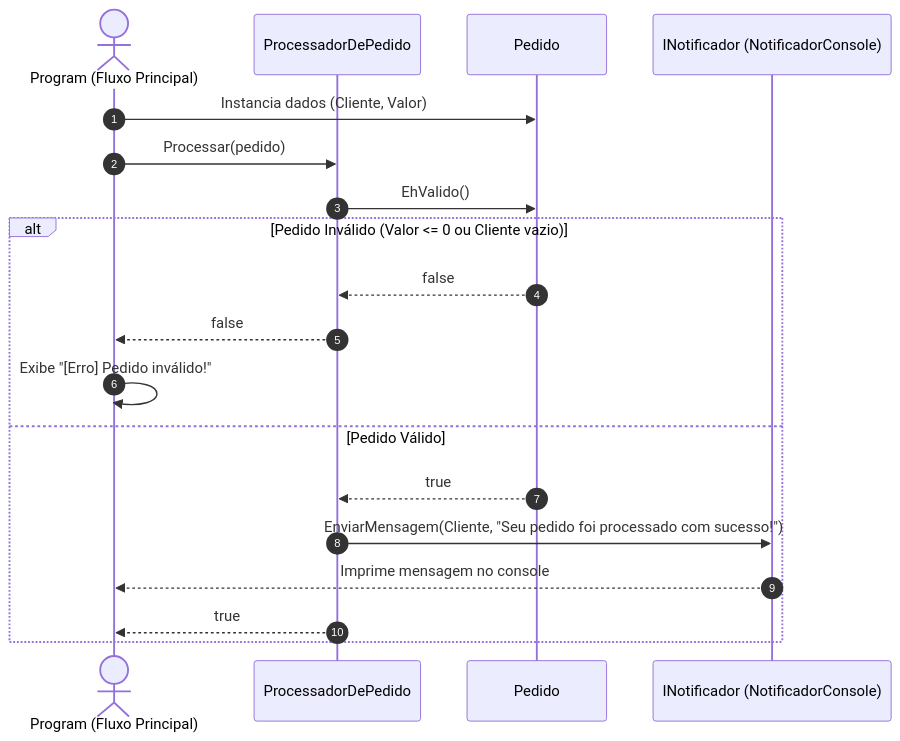
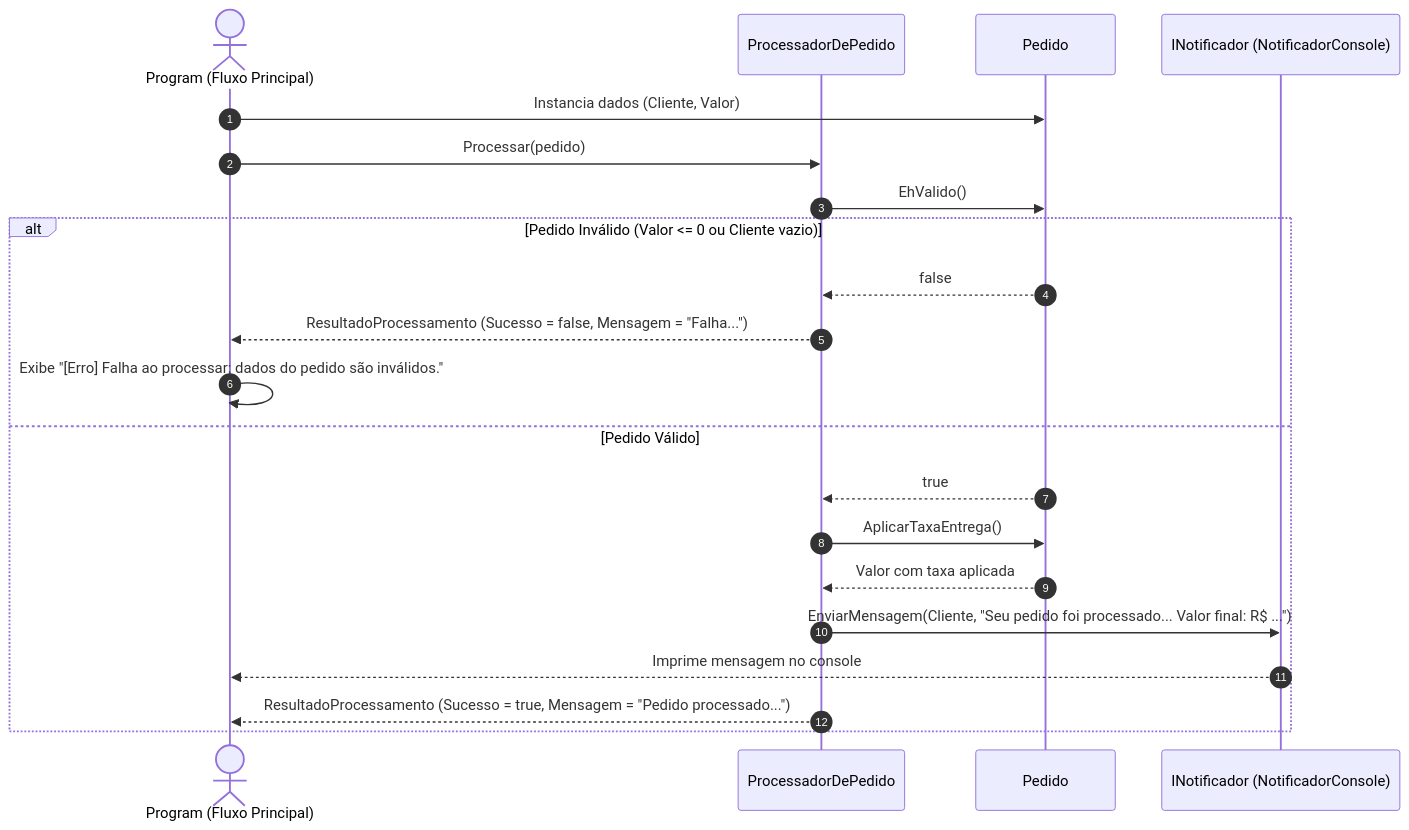
The second of 2 diagrams in README.MD (LeomarAlves/SeminarioSolid), drawn with Mermaid before and after one commit. The commit also changed other lines of this file, not shown here.

````diff
--- a/README.MD
+++ b/README.MD
@@ -64,22 +71,24 @@
 ```mermaid
 sequenceDiagram
     autonumber
     actor Main as Program (Fluxo Principal)
     participant Processador as ProcessadorDePedido
     participant Pedido as Pedido
     participant Notificador as INotificador (NotificadorConsole)
 
     Main->>Pedido: Instancia dados (Cliente, Valor)
     Main->>Processador: Processar(pedido)
     Processador->>Pedido: EhValido()
     alt Pedido Inválido (Valor <= 0 ou Cliente vazio)
         Pedido-->>Processador: false
-        Processador-->>Main: false
-        Main->>Main: Exibe "[Erro] Pedido inválido!"
+        Processador-->>Main: ResultadoProcessamento (Sucesso = false, Mensagem = "Falha...")
+        Main->>Main: Exibe "[Erro] Falha ao processar: dados do pedido são inválidos."
     else Pedido Válido
         Pedido-->>Processador: true
-        Processador->>Notificador: EnviarMensagem(Cliente, "Seu pedido foi processado com sucesso!")
+        Processador->>Pedido: AplicarTaxaEntrega()
+        Pedido-->>Processador: Valor com taxa aplicada
+        Processador->>Notificador: EnviarMensagem(Cliente, "Seu pedido foi processado... Valor final: R$ ...")
         Notificador-->>Main: Imprime mensagem no console
-        Processador-->>Main: true
+        Processador-->>Main: ResultadoProcessamento (Sucesso = true, Mensagem = "Pedido processado...")
     end
 ```
````
